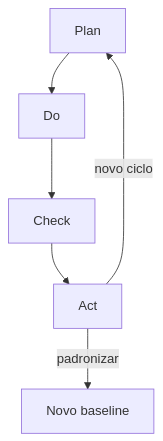
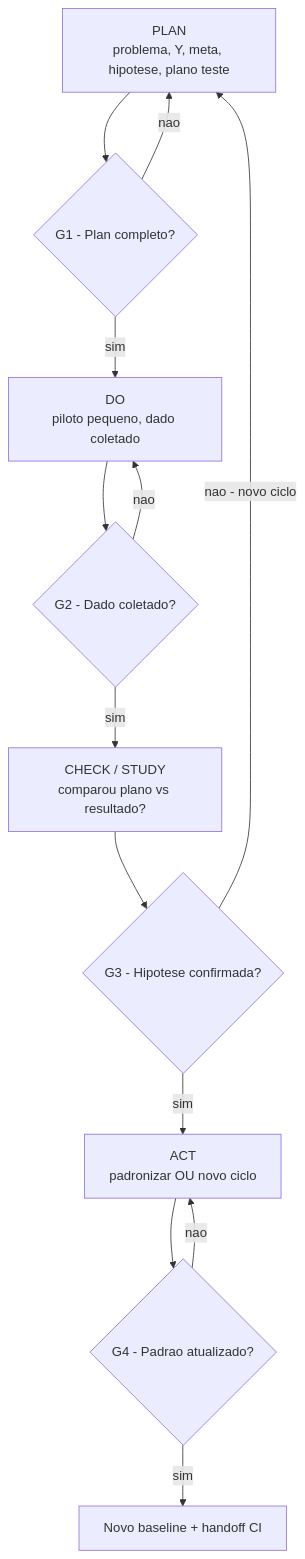
The first of 4 diagrams in aulas/trilha-melhoria-continua-e-processos/modulo-03-continuous-improvement/aula-01-pdca-gemba-sponsor.md (cleberhensel/logisticon-academy), drawn with Mermaid before and after one commit. The commit also changed other lines of this file and 122 other files, not shown here.

````diff
--- a/aulas/trilha-melhoria-continua-e-processos/modulo-03-continuous-improvement/aula-01-pdca-gemba-sponsor.md
+++ b/aulas/trilha-melhoria-continua-e-processos/modulo-03-continuous-improvement/aula-01-pdca-gemba-sponsor.md
@@ -48,10 +66,23 @@
 ```mermaid
 flowchart TD
-  Pl[Plan]
-  Do[Do]
-  Ch[Check]
-  Ac[Act]
-  Pl --> Do --> Ch --> Ac
-  Ac -->|padronizar| Pl2[Novo baseline]
-  Ac -->|novo ciclo| Pl
+  Pl[PLAN<br/>problema, Y, meta, hipotese, plano teste]
+  Do[DO<br/>piloto pequeno, dado coletado]
+  Ch[CHECK / STUDY<br/>comparou plano vs resultado?]
+  Ac[ACT<br/>padronizar OU novo ciclo]
+  G1{G1 - Plan completo?}
+  G2{G2 - Dado coletado?}
+  G3{G3 - Hipotese confirmada?}
+  G4{G4 - Padrao atualizado?}
+  Pl --> G1
+  G1 -->|sim| Do
+  G1 -->|nao| Pl
+  Do --> G2
+  G2 -->|sim| Ch
+  G2 -->|nao| Do
+  Ch --> G3
+  G3 -->|sim| Ac
+  G3 -->|nao - novo ciclo| Pl
+  Ac --> G4
+  G4 -->|sim| Final[Novo baseline + handoff CI]
+  G4 -->|nao| Ac
 ```
````
